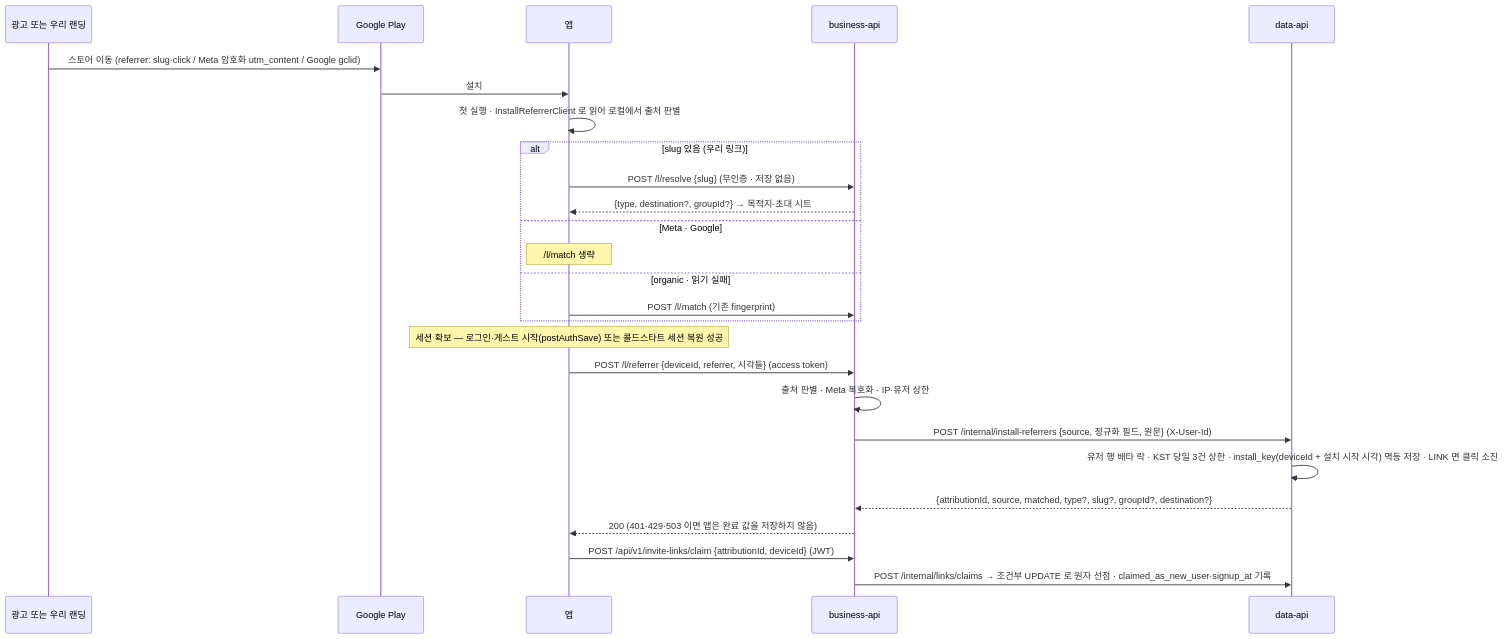
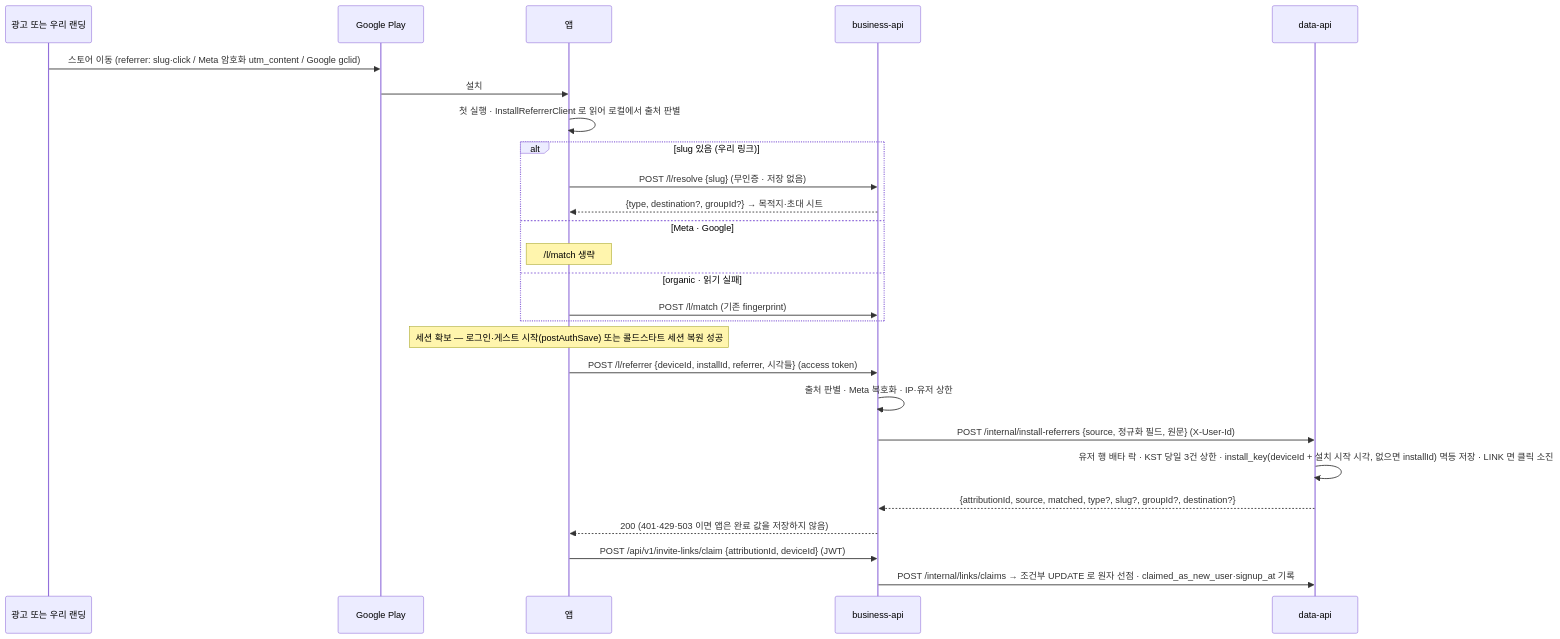
One commit to OneOrThree/phone changed the third of 4 diagrams in docs/prd/link-attribution/high-level-design.md. Above: the diagram before and after it, drawn with Mermaid. The commit also changed other lines of this file and 3 other files, not shown here.

````diff
--- a/docs/prd/link-attribution/high-level-design.md
+++ b/docs/prd/link-attribution/high-level-design.md
@@ -90,28 +90,28 @@
 ```mermaid
 sequenceDiagram
   participant Src as 광고 또는 우리 랜딩
   participant P as Google Play
   participant A as 앱
   participant B as business-api
   participant D as data-api
   Src->>P: 스토어 이동 (referrer: slug·click / Meta 암호화 utm_content / Google gclid)
   P->>A: 설치
   A->>A: 첫 실행 · InstallReferrerClient 로 읽어 로컬에서 출처 판별
   alt slug 있음 (우리 링크)
     A->>B: POST /l/resolve {slug} (무인증 · 저장 없음)
     B-->>A: {type, destination?, groupId?} → 목적지·초대 시트
   else Meta · Google
     Note over A: /l/match 생략
   else organic · 읽기 실패
     A->>B: POST /l/match (기존 fingerprint)
   end
   Note over A: 세션 확보 — 로그인·게스트 시작(postAuthSave) 또는 콜드스타트 세션 복원 성공
-  A->>B: POST /l/referrer {deviceId, referrer, 시각들} (access token)
+  A->>B: POST /l/referrer {deviceId, installId, referrer, 시각들} (access token)
   B->>B: 출처 판별 · Meta 복호화 · IP·유저 상한
   B->>D: POST /internal/install-referrers {source, 정규화 필드, 원문} (X-User-Id)
-  D->>D: 유저 행 배타 락 · KST 당일 3건 상한 · install_key(deviceId + 설치 시작 시각) 멱등 저장 · LINK 면 클릭 소진
+  D->>D: 유저 행 배타 락 · KST 당일 3건 상한 · install_key(deviceId + 설치 시작 시각, 없으면 installId) 멱등 저장 · LINK 면 클릭 소진
   D-->>B: {attributionId, source, matched, type?, slug?, groupId?, destination?}
   B-->>A: 200 (401·429·503 이면 앱은 완료 값을 저장하지 않음)
   A->>B: POST /api/v1/invite-links/claim {attributionId, deviceId} (JWT)
   B->>D: POST /internal/links/claims → 조건부 UPDATE 로 원자 선점 · claimed_as_new_user·signup_at 기록
 ```
````
